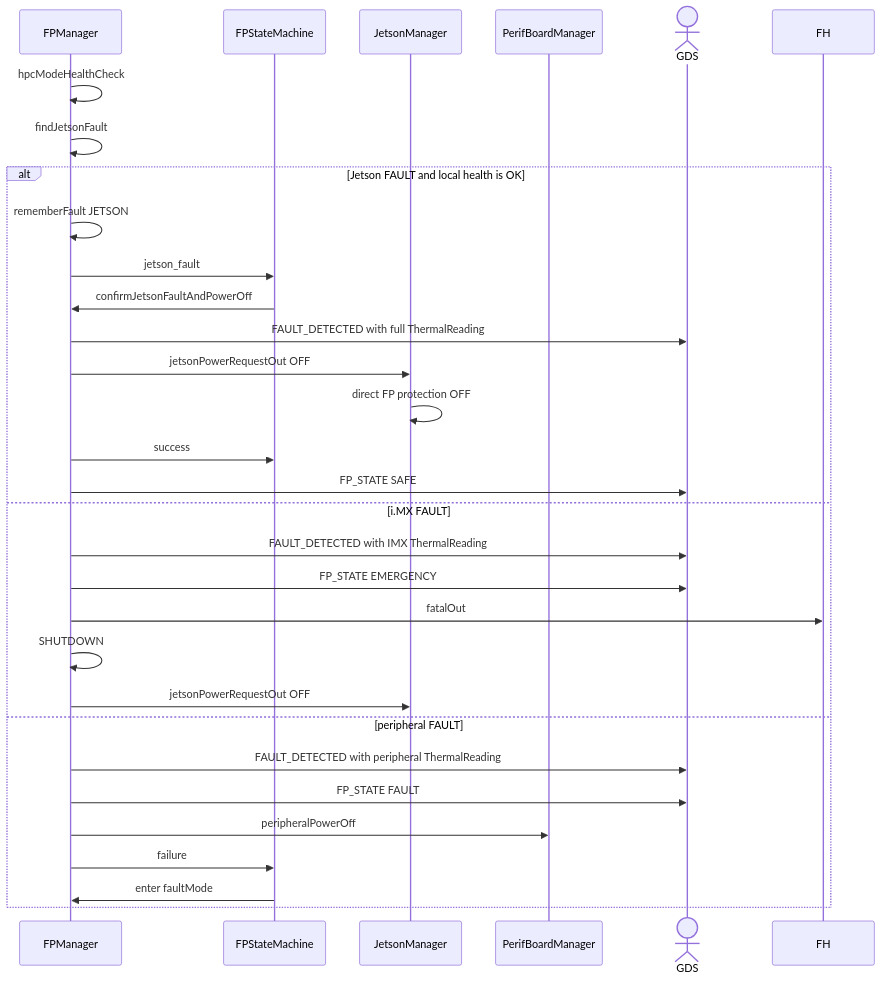
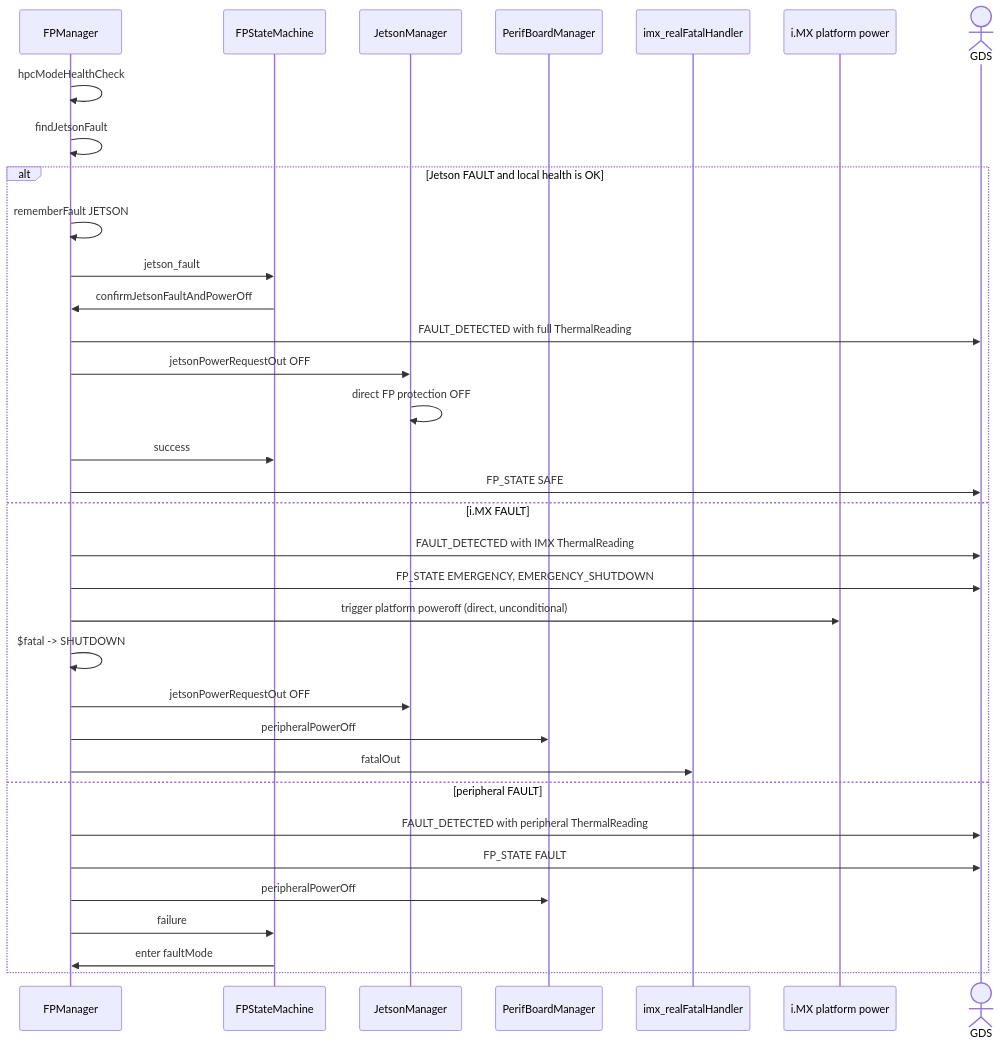
One commit to BroncoSpace-Lab/fprime-scales changed the sixth of 7 diagrams in scales/scalesSvc/FPManager/docs/sdd.md. Above: the diagram before and after it, drawn with Mermaid. The commit also changed other lines of this file and 23 other files, not shown here.

````diff
--- a/scales/scalesSvc/FPManager/docs/sdd.md
+++ b/scales/scalesSvc/FPManager/docs/sdd.md
@@ -333,33 +416,37 @@
 ```mermaid
 sequenceDiagram
     participant FPM as FPManager
     participant SM as FPStateMachine
     participant JM as JetsonManager
     participant PBM as PerifBoardManager
+    participant FH as imx_realFatalHandler
+    participant HW as i.MX platform power
     actor GDS as GDS
 
     FPM->>FPM: hpcModeHealthCheck
     FPM->>FPM: findJetsonFault
     alt Jetson FAULT and local health is OK
         FPM->>FPM: rememberFault JETSON
         FPM->>SM: jetson_fault
         SM->>FPM: confirmJetsonFaultAndPowerOff
         FPM->>GDS: FAULT_DETECTED with full ThermalReading
         FPM->>JM: jetsonPowerRequestOut OFF
         JM->>JM: direct FP protection OFF
         FPM->>SM: success
         FPM->>GDS: FP_STATE SAFE
     else i.MX FAULT
         FPM->>GDS: FAULT_DETECTED with IMX ThermalReading
-        FPM->>GDS: FP_STATE EMERGENCY
+        FPM->>GDS: FP_STATE EMERGENCY, EMERGENCY_SHUTDOWN
+        FPM->>HW: trigger platform poweroff (direct, unconditional)
+        FPM->>FPM: $fatal -> SHUTDOWN
+        FPM->>JM: jetsonPowerRequestOut OFF
+        FPM->>PBM: peripheralPowerOff
         FPM->>FH: fatalOut
-        FPM->>FPM: SHUTDOWN
-        FPM->>JM: jetsonPowerRequestOut OFF
     else peripheral FAULT
         FPM->>GDS: FAULT_DETECTED with peripheral ThermalReading
         FPM->>GDS: FP_STATE FAULT
         FPM->>PBM: peripheralPowerOff
         FPM->>SM: failure
         SM->>FPM: enter faultMode
     end
 ```
````
